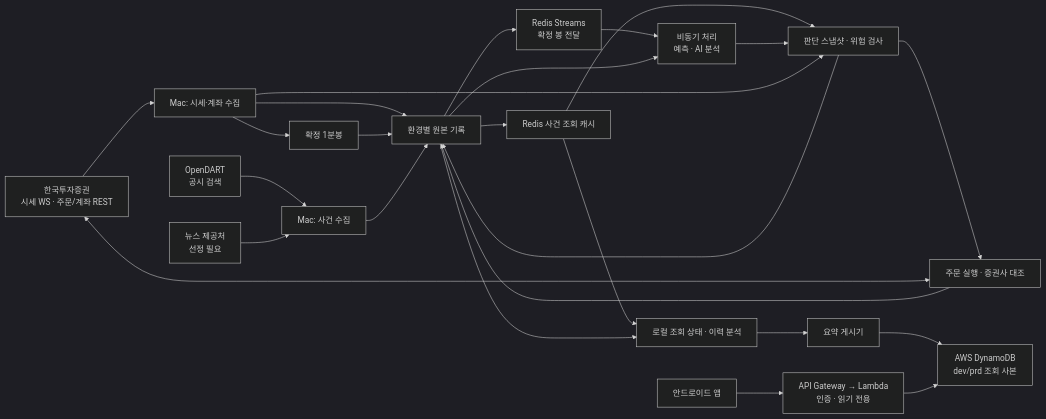
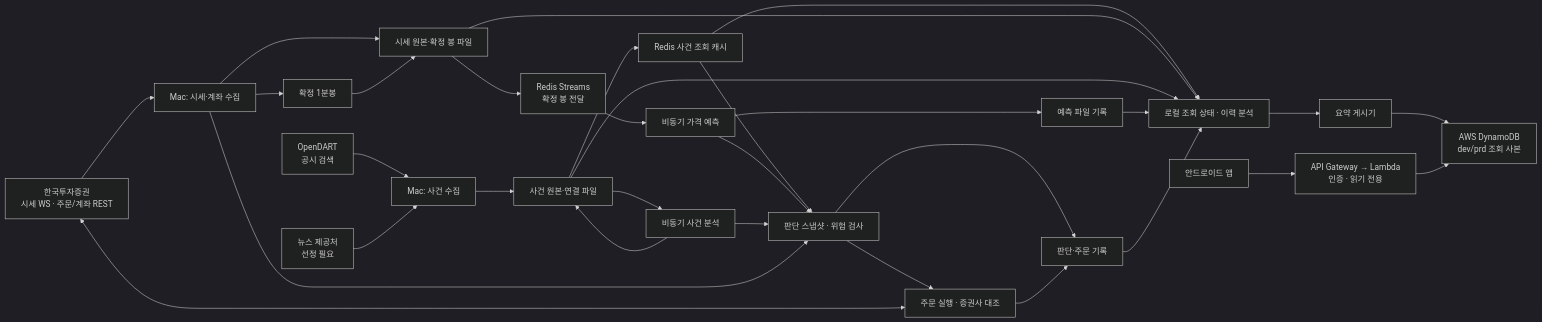
The first of 3 diagrams in docs/hld/HLD.md (ShinYEB/Auto-helm), drawn with Mermaid (dark theme) before and after one commit. The commit also changed 25 other files, not shown here.

Commit message:
Add Redis bar stream, prediction baseline, and event cache

````diff
--- a/docs/hld/HLD.md
+++ b/docs/hld/HLD.md
@@ -21,27 +21,33 @@
 ```mermaid
 flowchart LR
     KIS["한국투자증권<br/>시세 WS · 주문/계좌 REST"] --> ING["Mac: 시세·계좌 수집"]
     DART["OpenDART<br/>공시 검색"] --> EVT["Mac: 사건 수집"]
     NEWS["뉴스 제공처<br/>선정 필요"] --> EVT
-    ING --> JOURNAL["환경별 원본 기록"]
+    ING --> MJ["시세 원본·확정 봉 파일"]
     ING --> BAR["확정 1분봉"]
-    BAR --> JOURNAL
-    JOURNAL --> REDIS["Redis Streams<br/>확정 봉 전달"]
-    REDIS --> WORK["비동기 처리<br/>예측 · AI 분석"]
-    JOURNAL --> ECACHE["Redis 사건 조회 캐시"]
+    BAR --> MJ
+    MJ --> REDIS["Redis Streams<br/>확정 봉 전달"]
+    REDIS --> PRED["비동기 가격 예측"]
+    PRED --> PJ["예측 파일 기록"]
+    EVT --> EJ["사건 원본·연결 파일"]
+    EJ --> AI["비동기 사건 분석"]
+    EJ --> ECACHE["Redis 사건 조회 캐시"]
+    AI --> EJ
     ECACHE --> DEC
     ECACHE --> PROJ
-    EVT --> JOURNAL
-    JOURNAL --> WORK
-    WORK --> DEC["판단 스냅샷 · 위험 검사"]
+    PRED --> DEC["판단 스냅샷 · 위험 검사"]
+    AI --> DEC
     ING --> DEC
     DEC --> ORD["주문 실행 · 증권사 대조"]
     ORD <--> KIS
-    DEC --> JOURNAL
-    ORD --> JOURNAL
-    JOURNAL --> PROJ["로컬 조회 상태 · 이력 분석"]
+    DEC --> AJ["판단·주문 기록"]
+    ORD --> AJ
+    MJ --> PROJ["로컬 조회 상태 · 이력 분석"]
+    EJ --> PROJ
+    PJ --> PROJ
+    AJ --> PROJ
     PROJ --> PUB["요약 게시기"]
     PUB --> DDB["AWS DynamoDB<br/>dev/prd 조회 사본"]
     APP["안드로이드 앱"] --> API["API Gateway → Lambda<br/>인증 · 읽기 전용"]
     API --> DDB
 ```
````
